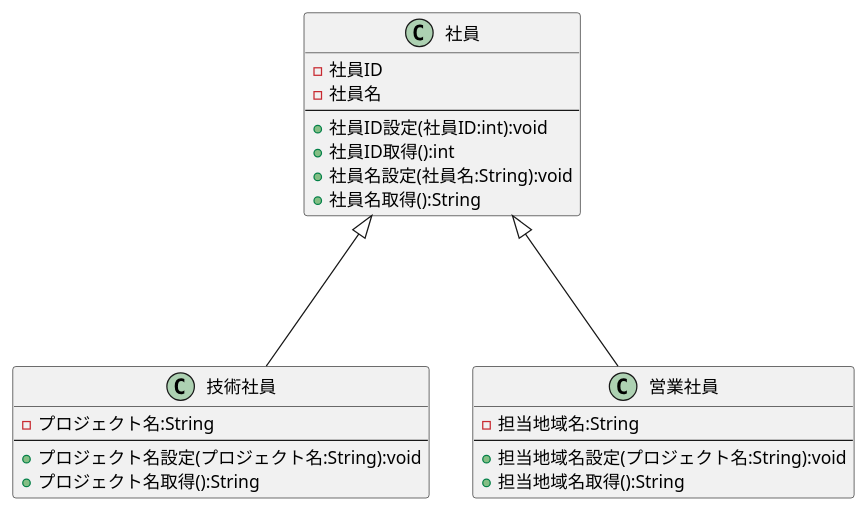
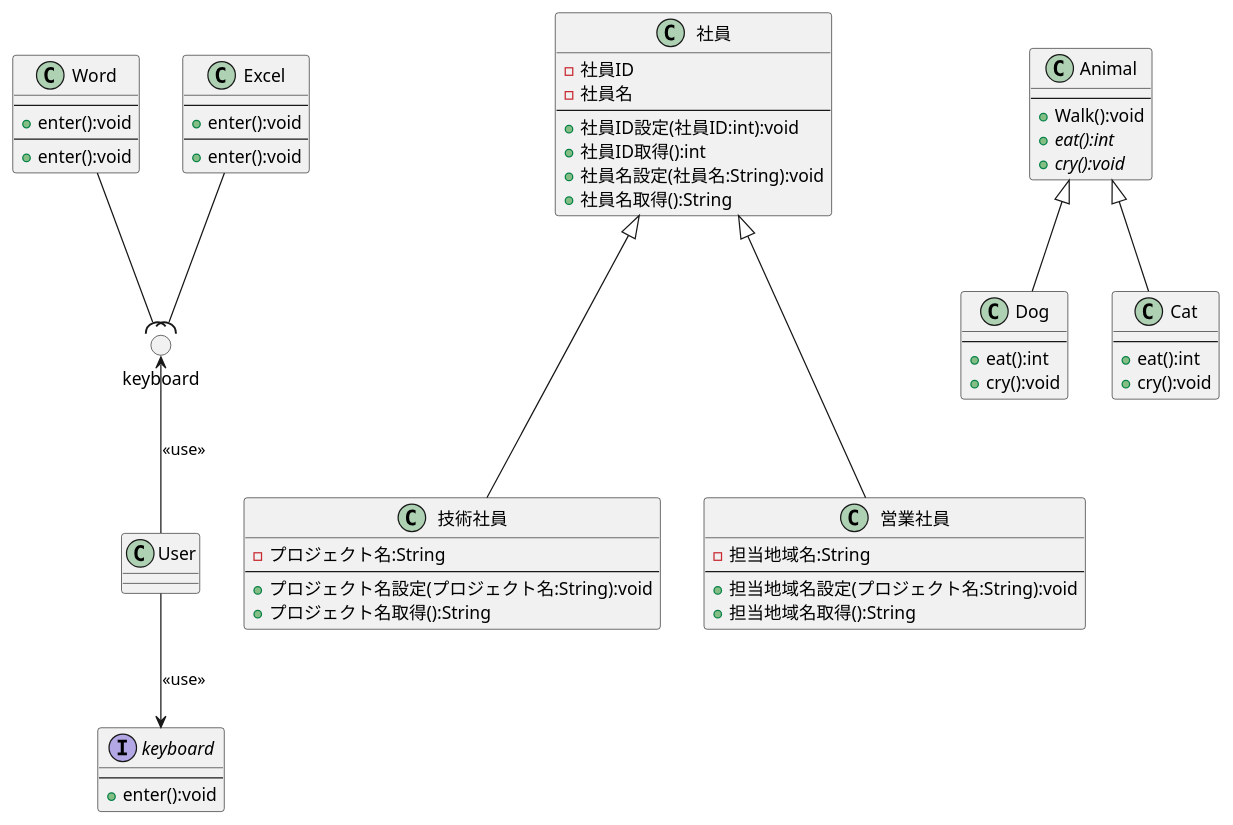
The diagram in 図3-3_継承・抽象・インターフェース.pu (a-tamura22/uml-introduction), drawn with PlantUML before and after one commit. The commit also changed 1 other file, not shown here.

```diff
--- a/図3-3_継承・抽象・インターフェース.pu
+++ b/図3-3_継承・抽象・インターフェース.pu
@@ -1,25 +1,79 @@
 @startuml
 class 社員{
 - 社員ID
 - 社員名
 ---
 + 社員ID設定(社員ID:int):void
 + 社員ID取得():int
 + 社員名設定(社員名:String):void
 + 社員名取得():String
 }
 class 技術社員{
 - プロジェクト名:String
 ---
 + プロジェクト名設定(プロジェクト名:String):void
 + プロジェクト名取得():String
 }
 class 営業社員{
 - 担当地域名:String
 ---
 + 担当地域名設定(プロジェクト名:String):void
 + 担当地域名取得():String
 }
 社員<|--down- 技術社員
 社員<|--down- 営業社員
+
+
+class Animal {
+---
++ Walk():void
++ {abstract} eat():int
++ {abstract} cry():void
+}
+class Dog {
+---
++ eat():int
++ cry():void
+}
+class Cat {
+---
++ eat():int
++ cry():void
+}
+Animal <|-down- Dog
+Animal <|-down- Cat
+
+class Word {
+---
++ enter():void
+}
+class Excel {
+---
++ enter():void
+}
+interface keyboard {
+' <<interface>>
+---
++ enter():void
+}
+' keyboard <|.. Word
+' keyboard <|.. Excel
+class User {
+}
+keyboard <-up- User:<< use >>
+
+class Word {
+---
++ enter():void
+}
+class Excel {
+---
++ enter():void
+}
+circle "keyboard" as I1
+Word --( I1
+Excel --( I1
+class User {
+}
+I1 <-- User:<< use >>
 @enduml
```
